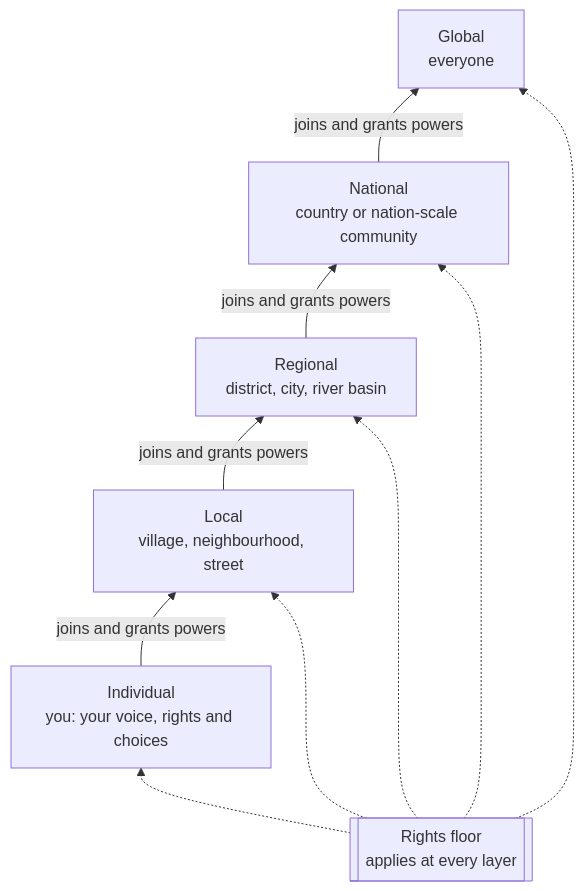
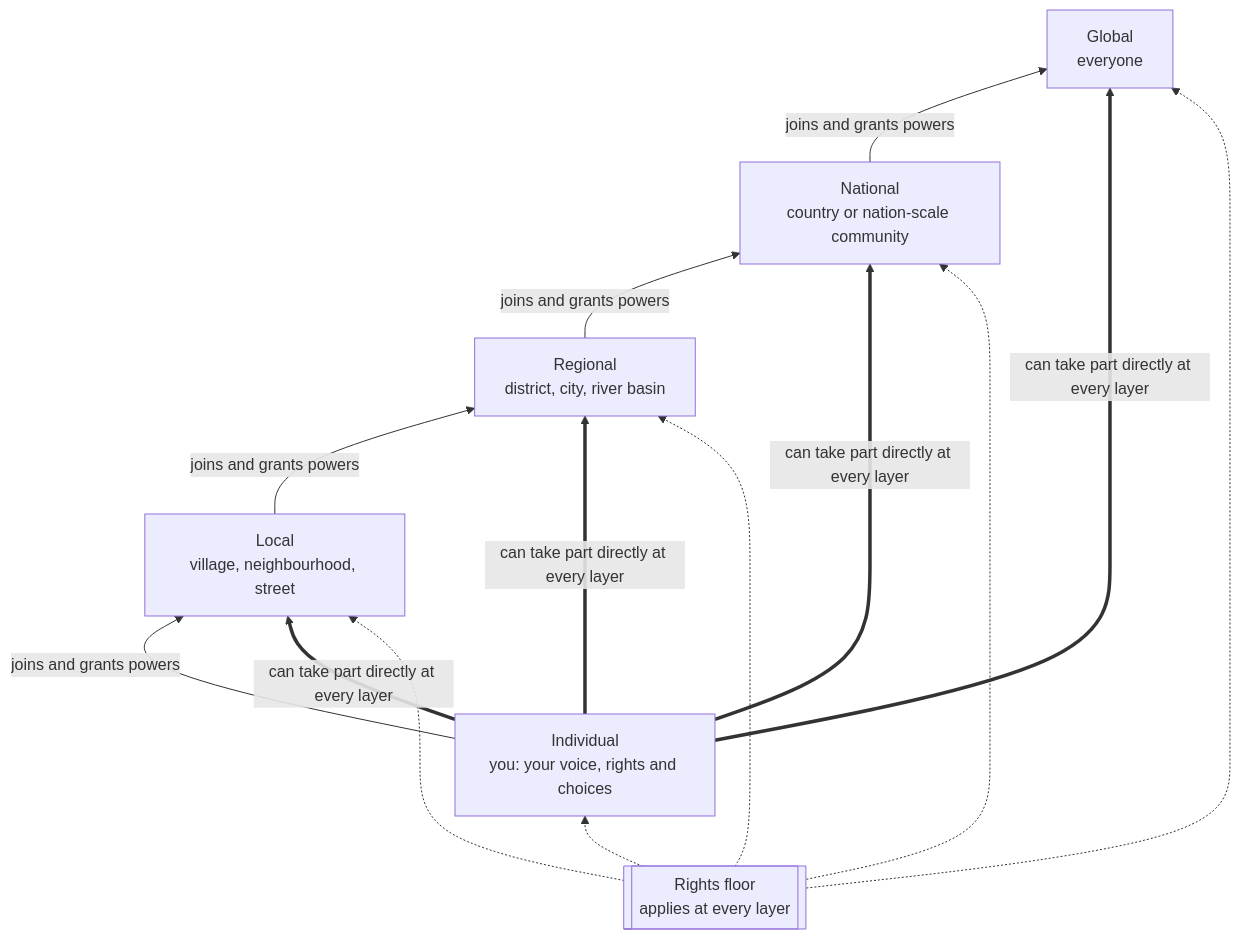
The diagram in docs/layers.md (psyfire25/weGov), drawn with Mermaid before and after one commit. The commit also changed other lines of this file and 2 other files, not shown here.

First line of the commit message:
Make every decision at every layer open to everyone

````diff
--- a/docs/layers.md
+++ b/docs/layers.md
@@ -24,16 +41,18 @@
 ```mermaid
 flowchart BT
     I[Individual<br/>you: your voice, rights and choices]
     L[Local<br/>village, neighbourhood, street]
     R[Regional<br/>district, city, river basin]
     N[National<br/>country or nation-scale community]
     G[Global<br/>everyone]
 
     I -- "joins and grants powers" --> L
     L -- "joins and grants powers" --> R
     R -- "joins and grants powers" --> N
     N -- "joins and grants powers" --> G
 
+    I ==>|"can take part directly at every layer"| L & R & N & G
+
     F[[Rights floor<br/>applies at every layer]]
     F -.-> I & L & R & N & G
 ```
````
